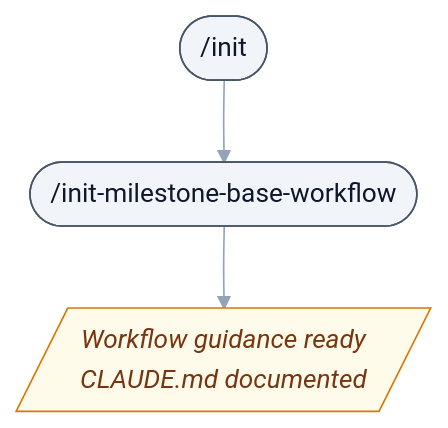
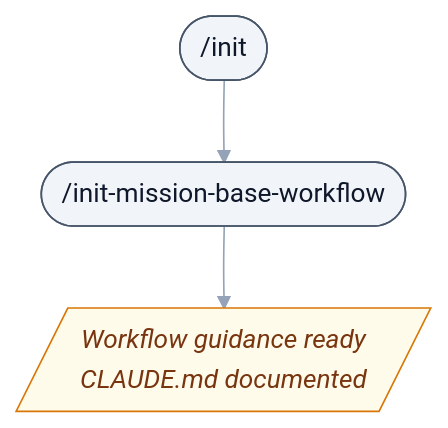
Before and after one commit to uHappyLogic/gurita: the first of 6 diagrams in docs/workflow.md, drawn with Mermaid. The commit also changed other lines of this file and 4 other files, not shown here.

````diff
--- a/docs/workflow.md
+++ b/docs/workflow.md
@@ -13,14 +13,14 @@
 ```mermaid
 %%{init: {'theme':'base','themeVariables':{'fontFamily':'ui-sans-serif, system-ui','lineColor':'#94a3b8','primaryBorderColor':'#475569'},'flowchart':{'wrappingWidth':9999,'curve':'basis'}}}%%
 flowchart TD
     OT1(["/init"])
-    OT2(["/init-milestone-base-workflow"])
+    OT2(["/init-mission-base-workflow"])
     D0[/"Workflow guidance ready<br/>CLAUDE.md documented"/]
 
     OT1 --> OT2 --> D0
 
     classDef setup fill:#f1f5f9,stroke:#475569,color:#0f172a;
     classDef state fill:#fffbeb,stroke:#d97706,color:#78350f,font-style:italic;
     class OT1,OT2 setup;
     class D0 state;
 ```
````
